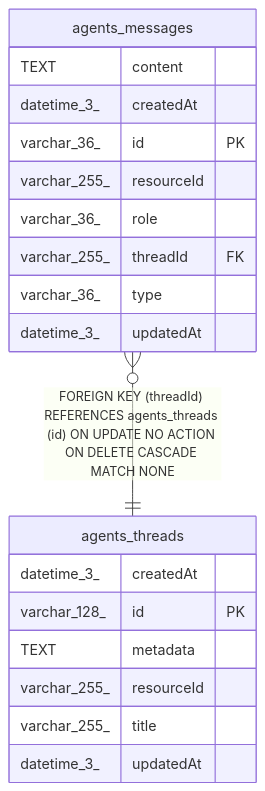
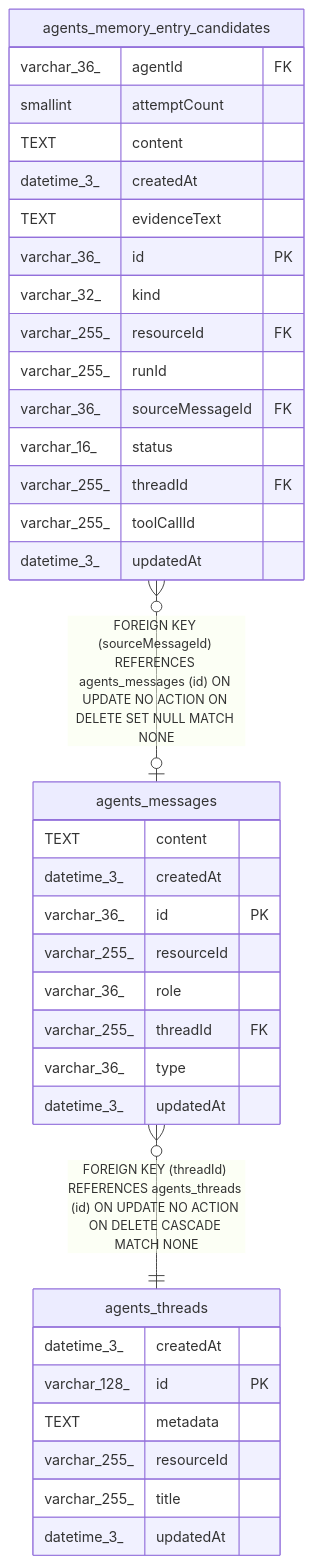
Before and after one commit to Tanishq-1/all-global-plugin: the diagram in universal-plugin/backend/oss/n8n/docs/generated/sqlite-schema/agents_messages.md, drawn with Mermaid. The commit also changed other lines of this file and 3199 other files, not shown here.

````diff
--- a/universal-plugin/backend/oss/n8n/docs/generated/sqlite-schema/agents_messages.md
+++ b/universal-plugin/backend/oss/n8n/docs/generated/sqlite-schema/agents_messages.md
@@ -45,24 +46,41 @@
 ```mermaid
 erDiagram
 
+"agents_memory_entry_candidates" }o--o| "agents_messages" : "FOREIGN KEY (sourceMessageId) REFERENCES agents_messages (id) ON UPDATE NO ACTION ON DELETE SET NULL MATCH NONE"
 "agents_messages" }o--|| "agents_threads" : "FOREIGN KEY (threadId) REFERENCES agents_threads (id) ON UPDATE NO ACTION ON DELETE CASCADE MATCH NONE"
 
 "agents_messages" {
   TEXT content
   datetime_3_ createdAt
   varchar_36_ id PK
   varchar_255_ resourceId
   varchar_36_ role
   varchar_255_ threadId FK
   varchar_36_ type
   datetime_3_ updatedAt
 }
+"agents_memory_entry_candidates" {
+  varchar_36_ agentId FK
+  smallint attemptCount
+  TEXT content
+  datetime_3_ createdAt
+  TEXT evidenceText
+  varchar_36_ id PK
+  varchar_32_ kind
+  varchar_255_ resourceId FK
+  varchar_255_ runId
+  varchar_36_ sourceMessageId FK
+  varchar_16_ status
+  varchar_255_ threadId FK
+  varchar_255_ toolCallId
+  datetime_3_ updatedAt
+}
 "agents_threads" {
   datetime_3_ createdAt
   varchar_128_ id PK
   TEXT metadata
   varchar_255_ resourceId
   varchar_255_ title
   datetime_3_ updatedAt
 }
 ```
````
